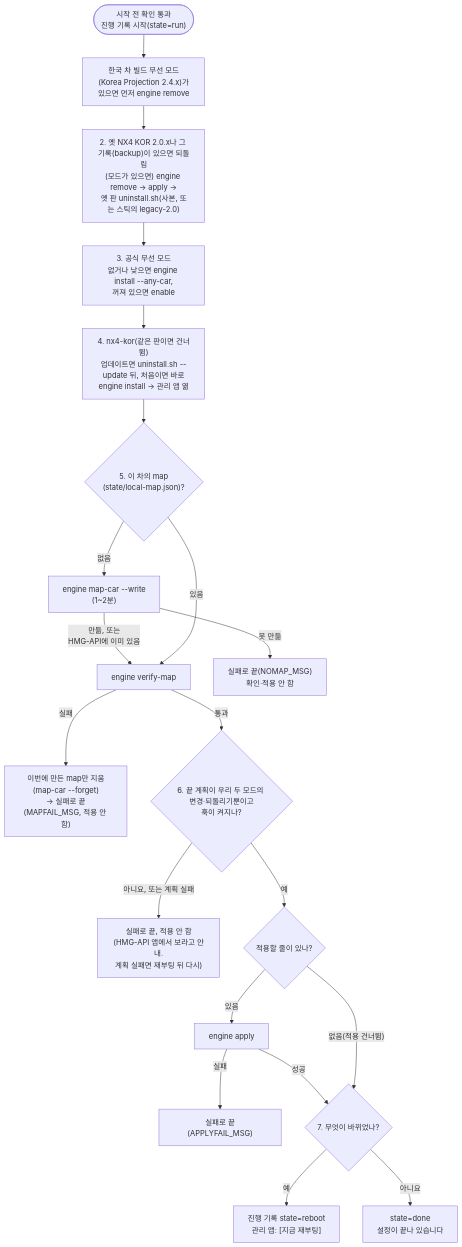
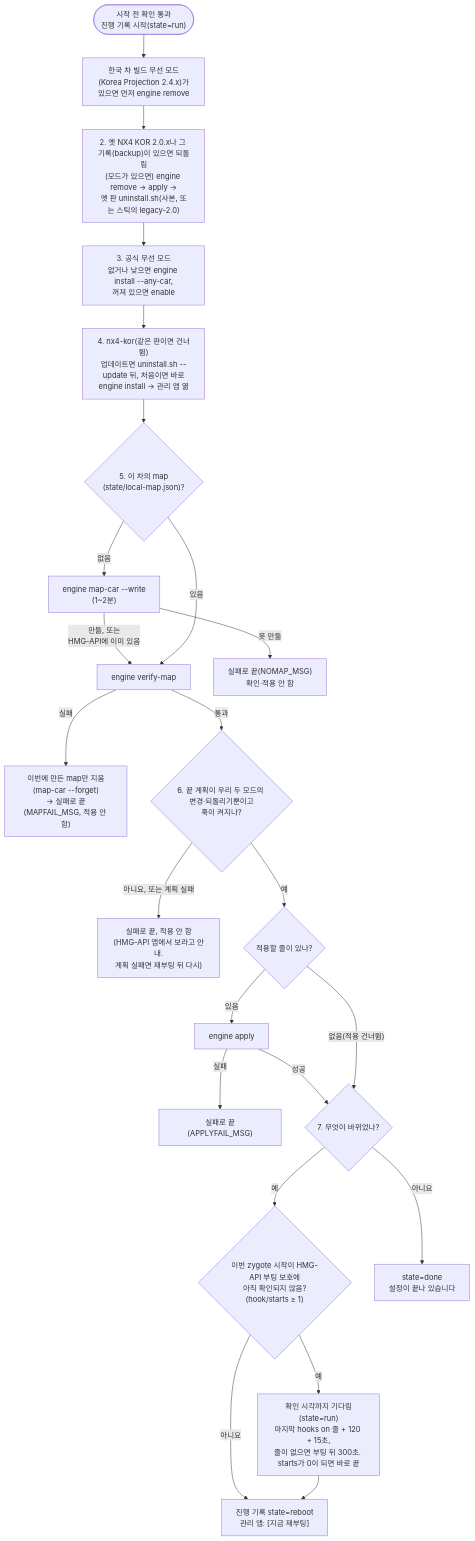
One commit to jay-park-lab/hmgapi-nx4-kor changed the third of 7 diagrams in docs/flow.md. Above: the diagram before and after it, drawn with Mermaid. The commit also changed other lines of this file and 6 other files, not shown here.

First line of the commit message:
USB installer: wait for HMG-API instead of asking to press again in 1-2 min

````diff
--- a/docs/flow.md
+++ b/docs/flow.md
@@ -86,22 +90,25 @@
 ```mermaid
 flowchart TD
   GO(["시작 전 확인 통과<br/>진행 기록 시작(state=run)"]) --> KP["한국 차 빌드 무선 모드(Korea Projection 2.4.x)가<br/>있으면 먼저 engine remove"]
   KP --> OLD["2. 옛 NX4 KOR 2.0.x나 그 기록(backup)이 있으면 되돌림<br/>(모드가 있으면) engine remove → apply →<br/>옛 판 uninstall.sh(사본, 또는 스틱의 legacy-2.0)"]
   OLD --> WM["3. 공식 무선 모드<br/>없거나 낮으면 engine install --any-car,<br/>꺼져 있으면 enable"]
   WM --> NK["4. nx4-kor(같은 판이면 건너뜀)<br/>업데이트면 uninstall.sh --update 뒤, 처음이면 바로<br/>engine install → 관리 앱 엶"]
   NK --> MAP{"5. 이 차의 map<br/>(state/local-map.json)?"}
   MAP -->|"없음"| MW["engine map-car --write<br/>(1~2분)"]
   MW -->|"만듦, 또는<br/>HMG-API에 이미 있음"| MV["engine verify-map"]
   MW -->|"못 만듦"| NOMAP["실패로 끝(NOMAP_MSG)<br/>확인·적용 안 함"]
   MAP -->|"있음"| MV
   MV -->|"실패"| MF["이번에 만든 map만 지움(map-car --forget)<br/>→ 실패로 끝(MAPFAIL_MSG, 적용 안 함)"]
   MV -->|"통과"| AP{"6. 끝 계획이 우리 두 모드의 변경·되돌리기뿐이고<br/>훅이 켜지나?"}
   AP -->|"아니요, 또는 계획 실패"| AF["실패로 끝, 적용 안 함<br/>(HMG-API 앱에서 보라고 안내.<br/>계획 실패면 재부팅 뒤 다시)"]
   AP -->|"예"| TODO{"적용할 줄이 있나?"}
   TODO -->|"있음"| APPLY["engine apply"]
   APPLY -->|"실패"| APF["실패로 끝(APPLYFAIL_MSG)"]
   APPLY -->|"성공"| R{"7. 무엇이 바뀌었나?"}
   TODO -->|"없음(적용 건너뜀)"| R
-  R -->|"예"| RB["진행 기록 state=reboot<br/>관리 앱: [지금 재부팅]"]
+  R -->|"예"| GW{"이번 zygote 시작이 HMG-API 부팅 보호에<br/>아직 확인되지 않음?(hook/starts ≥ 1)"}
+  GW -->|"예"| GWW["확인 시각까지 기다림(state=run)<br/>마지막 hooks on 줄 + 120 + 15초,<br/>줄이 없으면 부팅 뒤 300초. starts가 0이 되면 바로 끝"]
+  GW -->|"아니요"| RB
+  GWW --> RB["진행 기록 state=reboot<br/>관리 앱: [지금 재부팅]"]
   R -->|"아니요"| DONE["state=done<br/>설정이 끝나 있습니다"]
 ```
````
